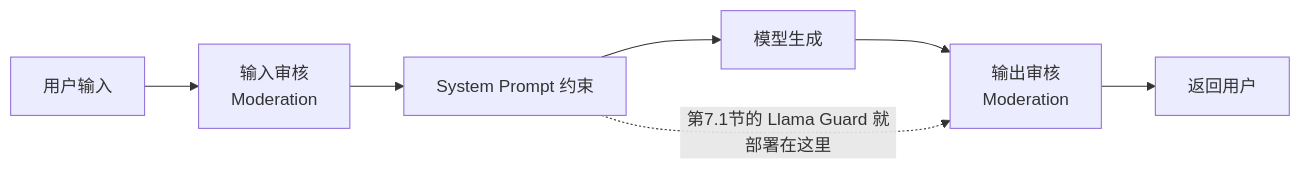
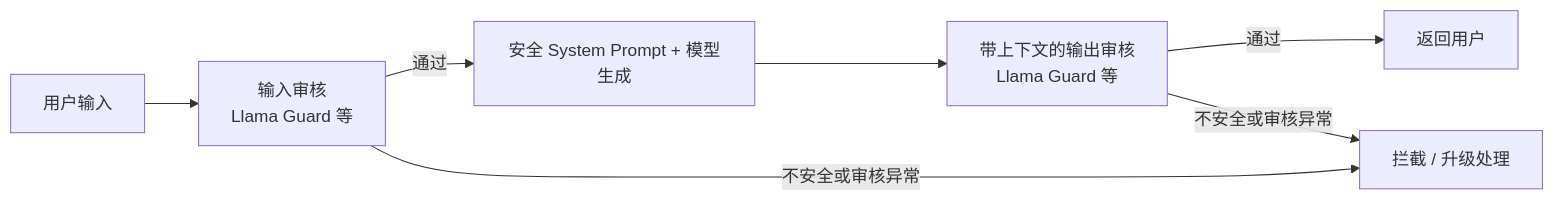
Before and after one commit to AI-learning-simple/Build-Your-Own-LLM: the first of 2 diagrams in 2. Alignment 与训练工程/7. Safety Alignment——大模型安全对齐方法.md, drawn with Mermaid. The commit also changed other lines of this file and 27 other files, not shown here.

````diff
--- a/2. Alignment 与训练工程/7. Safety Alignment——大模型安全对齐方法.md
+++ b/2. Alignment 与训练工程/7. Safety Alignment——大模型安全对齐方法.md
@@ -62,6 +50,9 @@
 ```mermaid
 flowchart LR
-    A[用户输入] --> B[输入审核<br/>Moderation] --> C[System Prompt 约束] --> D[模型生成]
-    D --> E[输出审核<br/>Moderation] --> F[返回用户]
-    C -.->|"第7.1节的 Llama Guard 就部署在这里"| E
+    A[用户输入] --> B[输入审核<br/>Llama Guard 等]
+    B -->|通过| C[安全 System Prompt + 模型生成]
+    C --> D[带上下文的输出审核<br/>Llama Guard 等]
+    D -->|通过| E[返回用户]
+    B -->|不安全或审核异常| F[拦截 / 升级处理]
+    D -->|不安全或审核异常| F
 ```
````
